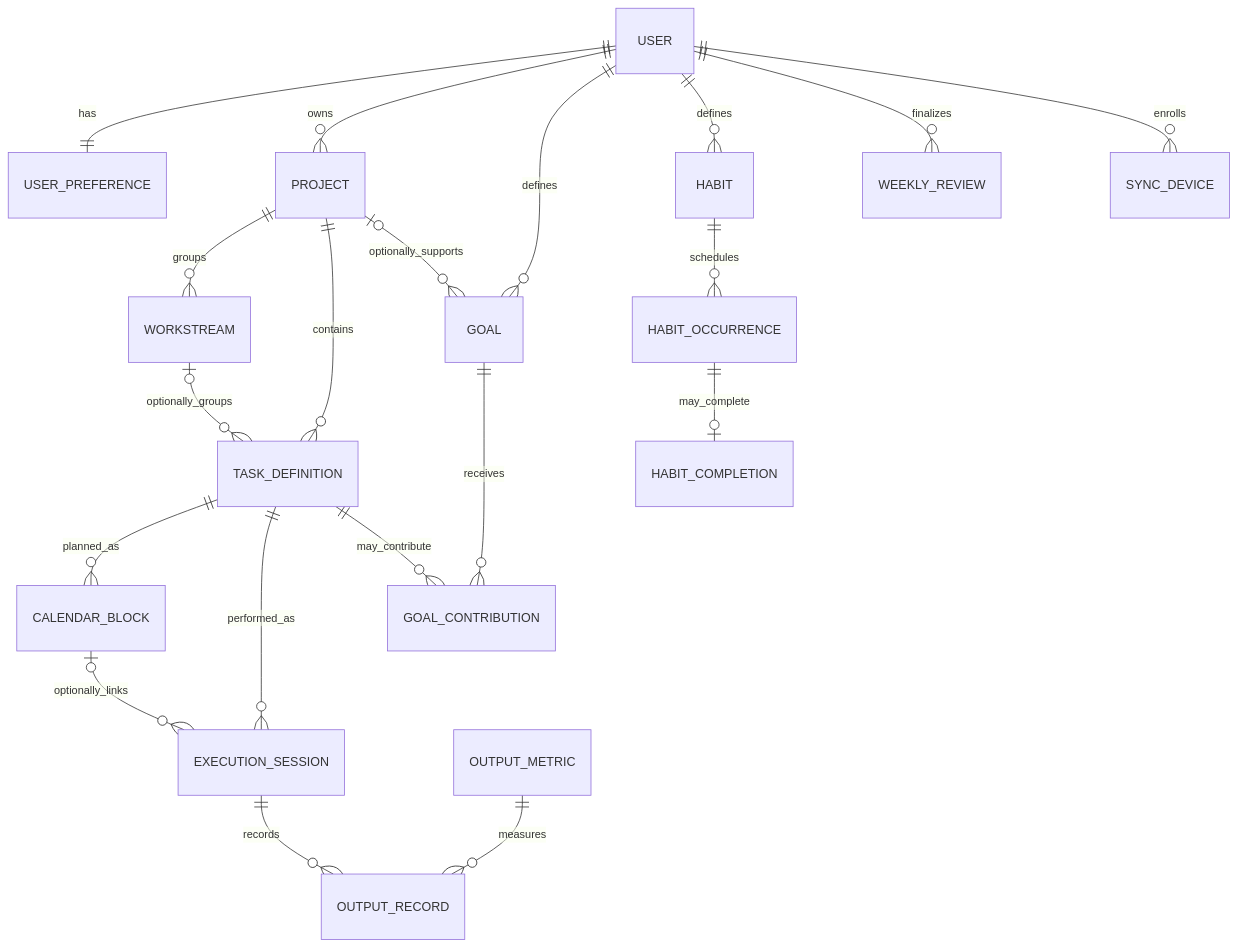
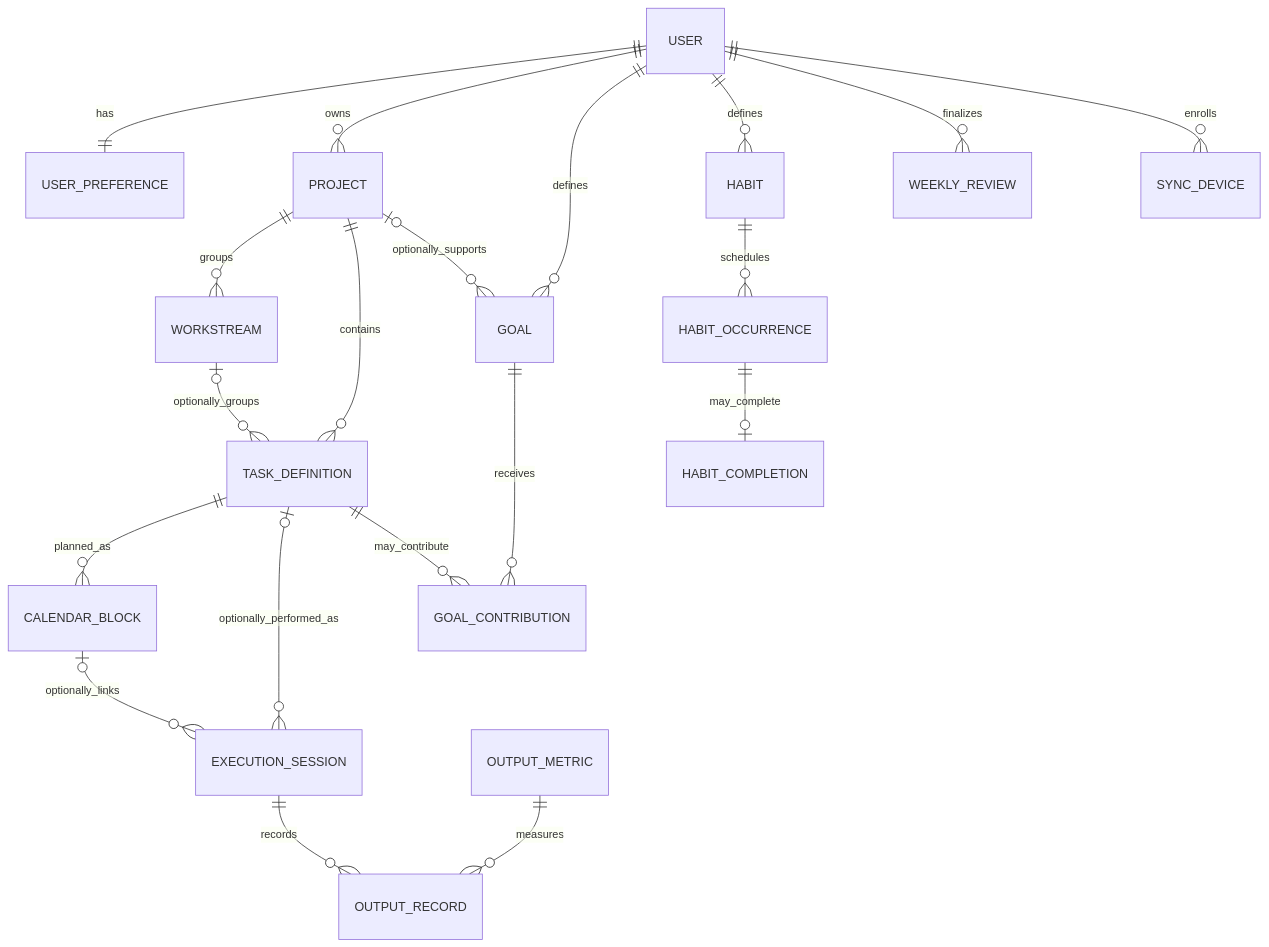
The diagram in docs/DATA_MODEL.md (moeintorabi90/personal-productivity-system), drawn with Mermaid before and after one commit. The commit also changed other lines of this file and 5 other files, not shown here.

````diff
--- a/docs/DATA_MODEL.md
+++ b/docs/DATA_MODEL.md
@@ -5,22 +5,22 @@
 ```mermaid
 erDiagram
   USER ||--|| USER_PREFERENCE : has
   USER ||--o{ PROJECT : owns
   PROJECT ||--o{ WORKSTREAM : groups
   PROJECT ||--o{ TASK_DEFINITION : contains
   WORKSTREAM o|--o{ TASK_DEFINITION : optionally_groups
   TASK_DEFINITION ||--o{ CALENDAR_BLOCK : planned_as
-  TASK_DEFINITION ||--o{ EXECUTION_SESSION : performed_as
+  TASK_DEFINITION |o--o{ EXECUTION_SESSION : optionally_performed_as
   CALENDAR_BLOCK o|--o{ EXECUTION_SESSION : optionally_links
   EXECUTION_SESSION ||--o{ OUTPUT_RECORD : records
   OUTPUT_METRIC ||--o{ OUTPUT_RECORD : measures
   USER ||--o{ GOAL : defines
   PROJECT o|--o{ GOAL : optionally_supports
   GOAL ||--o{ GOAL_CONTRIBUTION : receives
   TASK_DEFINITION ||--o{ GOAL_CONTRIBUTION : may_contribute
   USER ||--o{ HABIT : defines
   HABIT ||--o{ HABIT_OCCURRENCE : schedules
   HABIT_OCCURRENCE ||--o| HABIT_COMPLETION : may_complete
   USER ||--o{ WEEKLY_REVIEW : finalizes
   USER ||--o{ SYNC_DEVICE : enrolls
 ```
````
